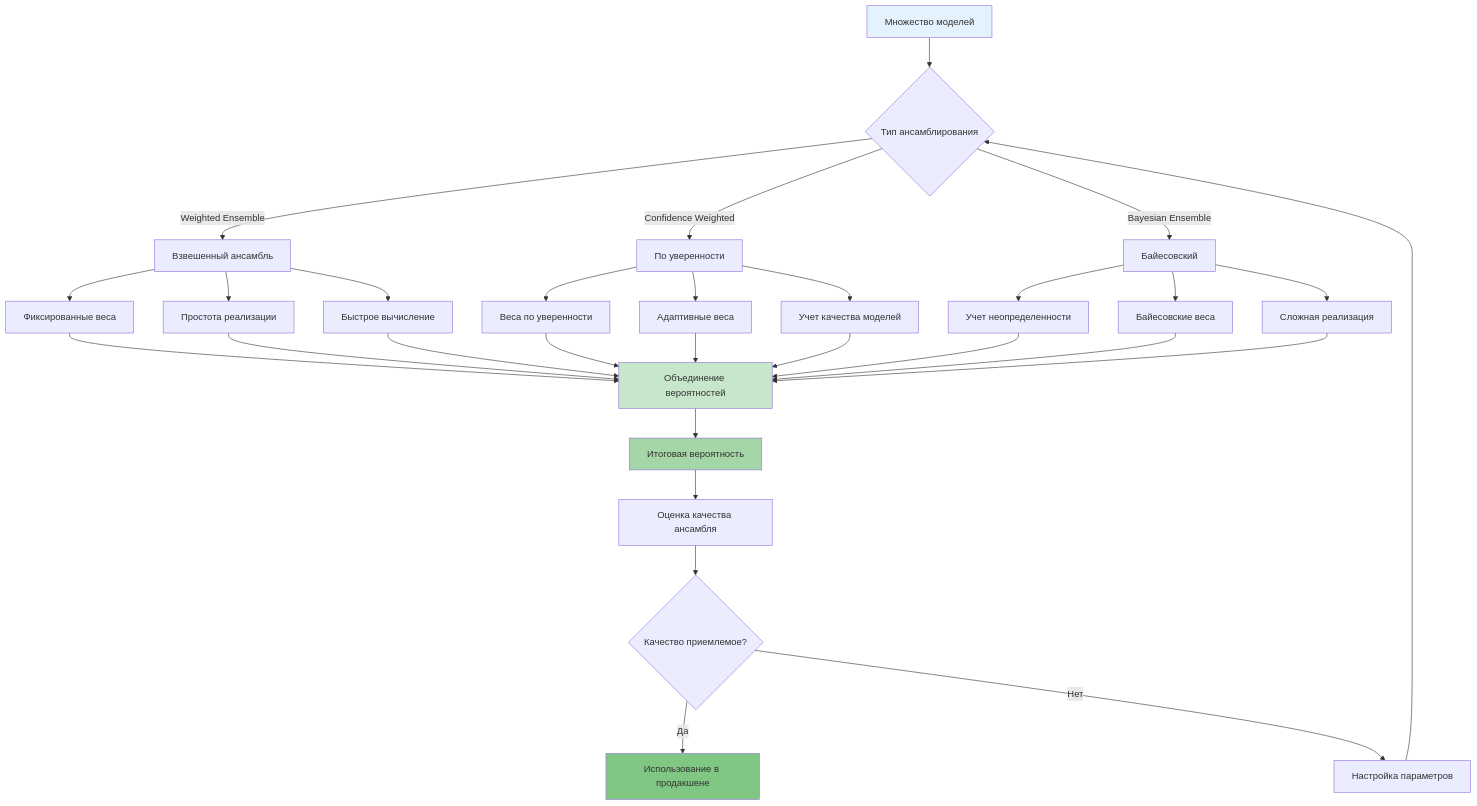
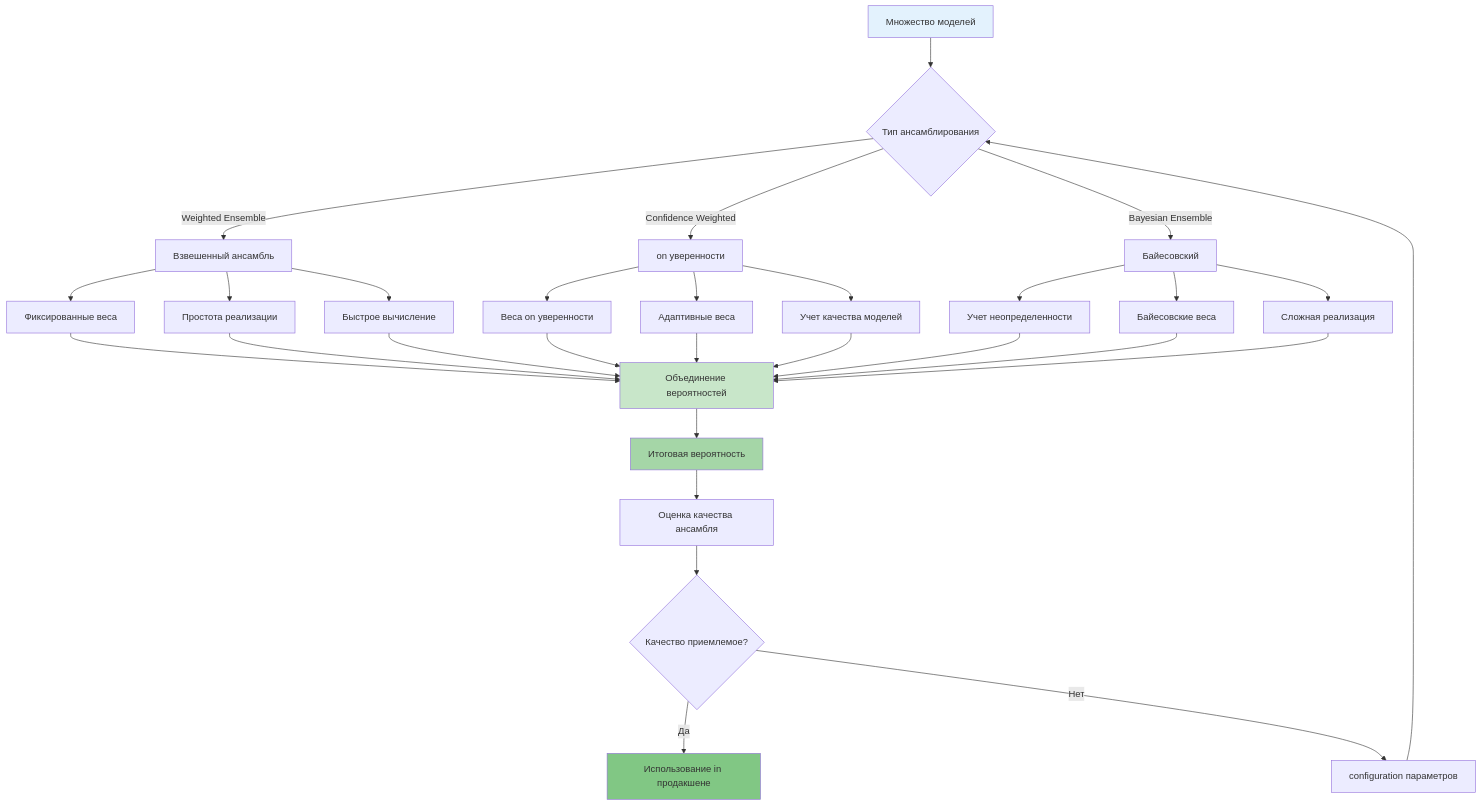
Before and after one commit to NeoZorK/neozork-hld-prediction: the fourth of 8 diagrams in docs/automl/gluon/26_probability_usage_guide.md, drawn with Mermaid. The commit also changed other lines of this file and 19 other files, not shown here.

````diff
--- a/docs/automl/gluon/26_probability_usage_guide.md
+++ b/docs/automl/gluon/26_probability_usage_guide.md
@@ -644,42 +644,42 @@
 ```mermaid
 graph TD
-    A[Множество моделей] --> B{Тип ансамблирования}
-    
-    B -->|Weighted Ensemble| C[Взвешенный ансамбль]
-    B -->|Confidence Weighted| D[По уверенности]
-    B -->|Bayesian Ensemble| E[Байесовский]
-    
-    C --> C1[Фиксированные веса]
-    C --> C2[Простота реализации]
-    C --> C3[Быстрое вычисление]
-    
-    D --> D1[Веса по уверенности]
-    D --> D2[Адаптивные веса]
-    D --> D3[Учет качества моделей]
-    
-    E --> E1[Учет неопределенности]
-    E --> E2[Байесовские веса]
-    E --> E3[Сложная реализация]
-    
-    C1 --> F[Объединение вероятностей]
-    C2 --> F
-    C3 --> F
-    D1 --> F
-    D2 --> F
-    D3 --> F
-    E1 --> F
-    E2 --> F
-    E3 --> F
-    
-    F --> G[Итоговая вероятность]
-    G --> H[Оценка качества ансамбля]
-    H --> I{Качество приемлемое?}
-    I -->|Да| J[Использование в продакшене]
-    I -->|Нет| K[Настройка параметров]
-    K --> B
-    
-    style A fill:#e3f2fd
-    style F fill:#c8e6c9
-    style G fill:#a5d6a7
-    style J fill:#81c784
+ A[Множество моделей] --> B{Тип ансамблирования}
+
+ B -->|Weighted Ensemble| C[Взвешенный ансамбль]
+ B -->|Confidence Weighted| D[on уверенности]
+ B -->|Bayesian Ensemble| E[Байесовский]
+
+ C --> C1[Фиксированные веса]
+ C --> C2[Простота реализации]
+ C --> C3[Быстрое вычисление]
+
+ D --> D1[Веса on уверенности]
+ D --> D2[Адаптивные веса]
+ D --> D3[Учет качества моделей]
+
+ E --> E1[Учет неопределенности]
+ E --> E2[Байесовские веса]
+ E --> E3[Сложная реализация]
+
+ C1 --> F[Объединение вероятностей]
+ C2 --> F
+ C3 --> F
+ D1 --> F
+ D2 --> F
+ D3 --> F
+ E1 --> F
+ E2 --> F
+ E3 --> F
+
+ F --> G[Итоговая вероятность]
+ G --> H[Оценка качества ансамбля]
+ H --> I{Качество приемлемое?}
+ I -->|Да| J[Использование in продакшене]
+ I -->|Нет| K[configuration параметров]
+ K --> B
+
+ style A fill:#e3f2fd
+ style F fill:#c8e6c9
+ style G fill:#a5d6a7
+ style J fill:#81c784
 ```
````
